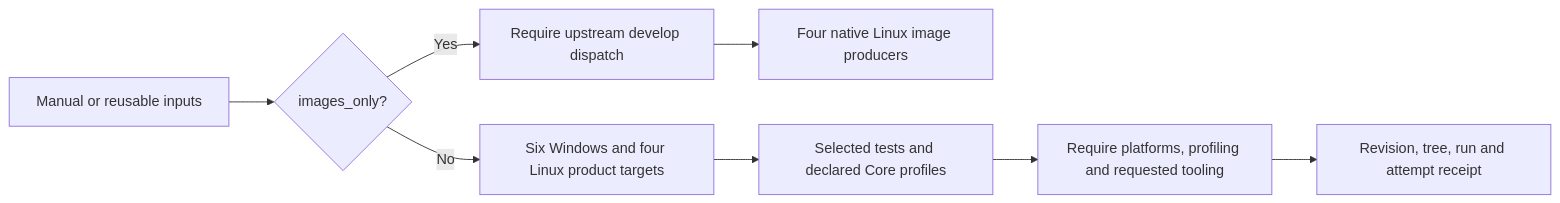
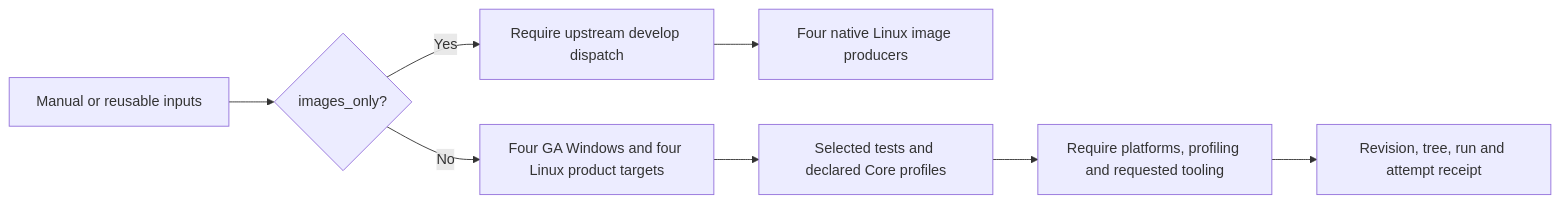
The first of 2 diagrams in docs/ci/github/script-ci.md (FrenchExDev2/QuietCli.PoSh), drawn with Mermaid before and after one commit. The commit also changed other lines of this file and 41 other files, not shown here.

````diff
--- a/docs/ci/github/script-ci.md
+++ b/docs/ci/github/script-ci.md
@@ -31,10 +33,10 @@
 ```mermaid
 flowchart LR
     INPUT[Manual or reusable inputs] --> MODE{images_only?}
     MODE -- Yes --> CONTEXT[Require upstream develop dispatch]
     CONTEXT --> CACHE[Four native Linux image producers]
-    MODE -- No --> PRODUCT[Six Windows and four Linux product targets]
+    MODE -- No --> PRODUCT[Four GA Windows and four Linux product targets]
     PRODUCT --> EVIDENCE[Selected tests and declared Core profiles]
     EVIDENCE --> GATE[Require platforms, profiling and requested tooling]
     GATE --> RECEIPT[Revision, tree, run and attempt receipt]
 ```
````
